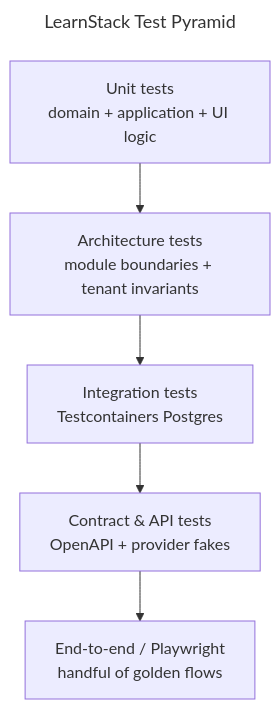
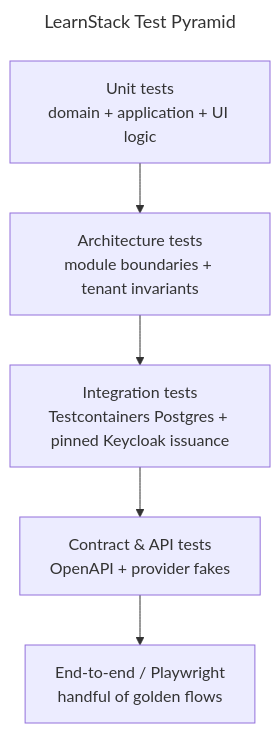
The diagram in docs/standards/06-testing.md (HodeTech/LearnStack), drawn with Mermaid before and after one commit. The commit also changed other lines of this file and 128 other files, not shown here.

````diff
--- a/docs/standards/06-testing.md
+++ b/docs/standards/06-testing.md
@@ -20,13 +20,13 @@
 ```mermaid
 ---
 title: LearnStack Test Pyramid
 ---
 flowchart TB
   e2e[End-to-end / Playwright<br/>handful of golden flows]
   contract[Contract & API tests<br/>OpenAPI + provider fakes]
-  integration[Integration tests<br/>Testcontainers Postgres]
+  integration[Integration tests<br/>Testcontainers Postgres + pinned Keycloak issuance]
   arch[Architecture tests<br/>module boundaries + tenant invariants]
   unit[Unit tests<br/>domain + application + UI logic]
 
   unit --> arch --> integration --> contract --> e2e
 ```
````
